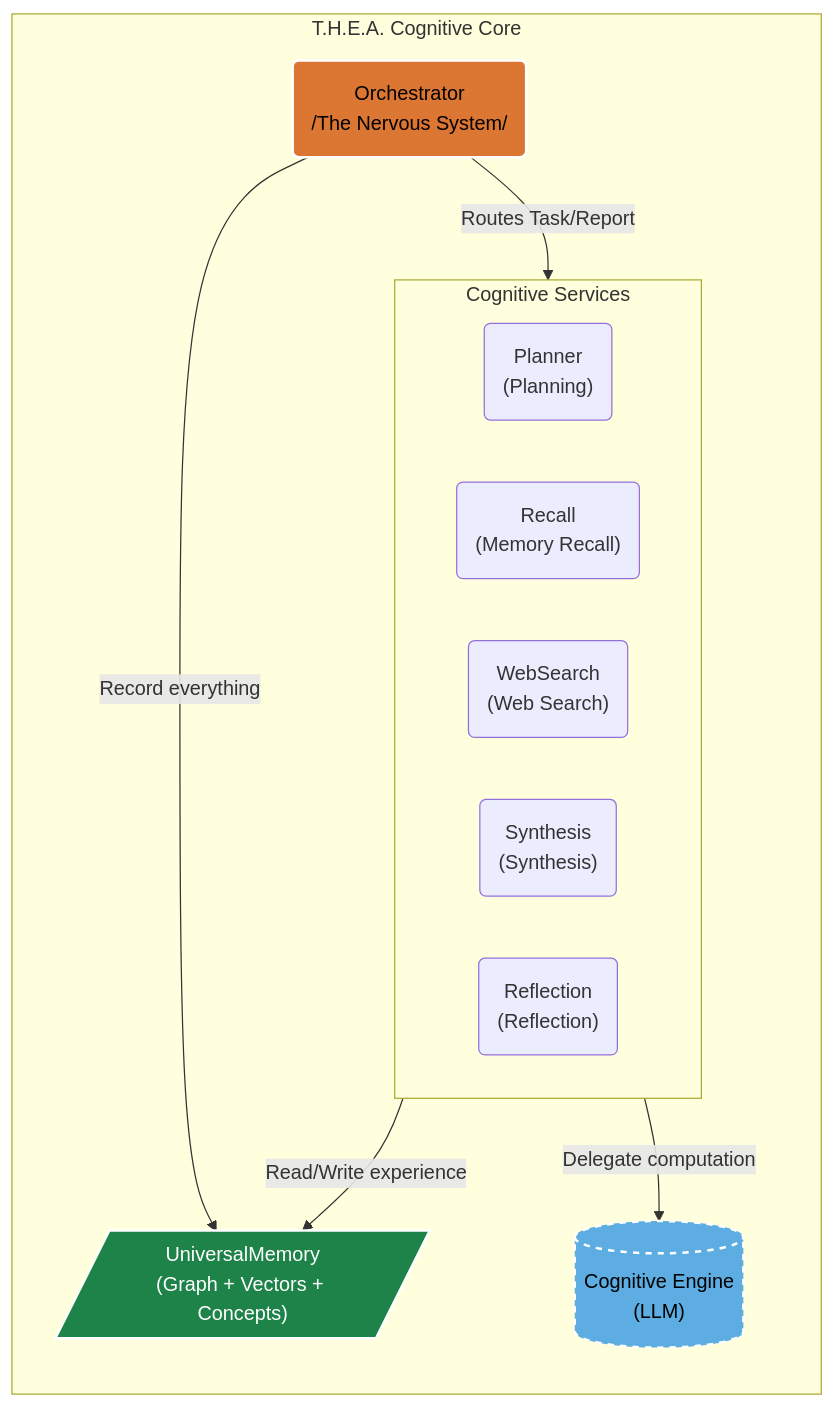
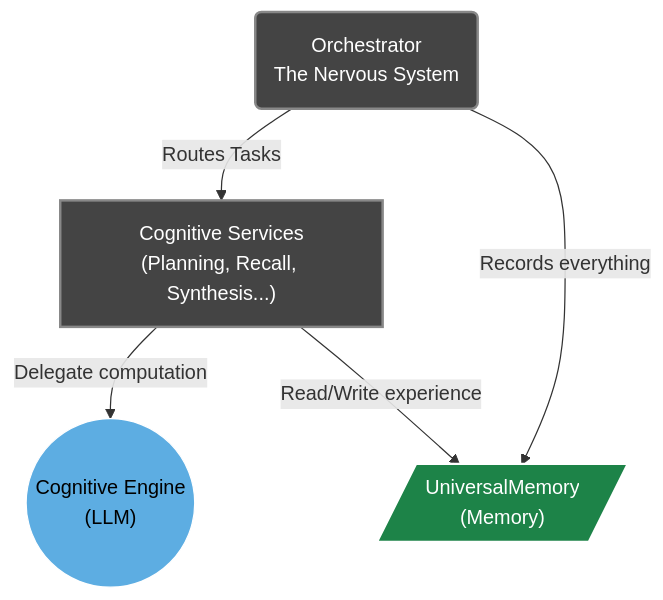
The second of 3 diagrams in ARCHITECTURE.md (mcasdfgf/thea), drawn with Mermaid before and after one commit. The commit also changed other lines of this file and 1 other file, not shown here.

````diff
--- a/ARCHITECTURE.md
+++ b/ARCHITECTURE.md
@@ -32,29 +58,20 @@
 ```mermaid
-graph TD
-    subgraph T.H.E.A. Cognitive Core
-        direction TB
-        
-        Orchestrator(Orchestrator<br/>/The Nervous System/)
-        
-        subgraph Services [Cognitive Services]
-            Planner("Planner<br/>(Planning)")
-            Recall("Recall<br/>(Memory Recall)")
-            WebSearch("WebSearch<br/>(Web Search)")
-            Synthesizer("Synthesis<br/>(Synthesis)")
-            Reflection("Reflection<br/>(Reflection)")
-        end
-        
-        LLM[("Cognitive Engine<br/>(LLM)")]
+flowchart TD
+    Orchestrator("Orchestrator<br/>The Nervous System")
+    Services["Cognitive Services<br/>(Planning, Recall, Synthesis...)"]
+    LLM(("Cognitive Engine<br/>(LLM)"))
+    UM[/"UniversalMemory<br/>(Memory)"/]
 
-        UniversalMemory[/"UniversalMemory<br/>(Graph + Vectors + Concepts)"/]
-        
-        Orchestrator -- "Routes Task/Report" --> Services
-        Services -- "Delegate computation" --> LLM
-        Services -- "Read/Write experience" --> UniversalMemory
-        Orchestrator -- "Record everything" --> UniversalMemory
-    end
+    Orchestrator -- "Routes Tasks" --> Services
+    Services -- "Delegate computation" --> LLM
+    Services -- "Read/Write experience" --> UM
+    Orchestrator -- "Records everything" --> UM
 
-    style Orchestrator fill:#DC7633,stroke:#fff,stroke-width:2px,color:#000
-    style LLM fill:#5DADE2,stroke:#fff,stroke-width:2px,color:#000,stroke-dasharray: 5 5
-    style UniversalMemory fill:#1D8348,stroke:#fff,stroke-width:2px,color:#fff
+    classDef memoryStyle fill:#1D8348,stroke:#fff,stroke-width:2px,color:#fff
+    classDef processStyle fill:#444,stroke:#888,stroke-width:2px,color:#fff
+    classDef llmStyle fill:#5DADE2,stroke:#fff,stroke-width:1px,color:#000
+    
+    class UM memoryStyle
+    class Orchestrator,Services processStyle
+    class LLM llmStyle
 ```
````
